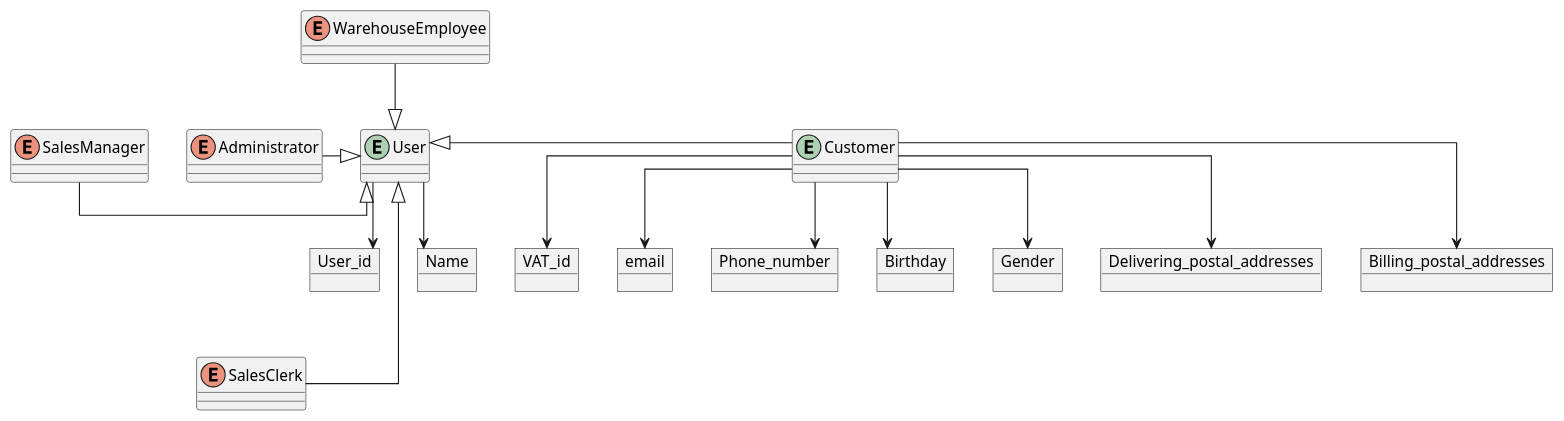
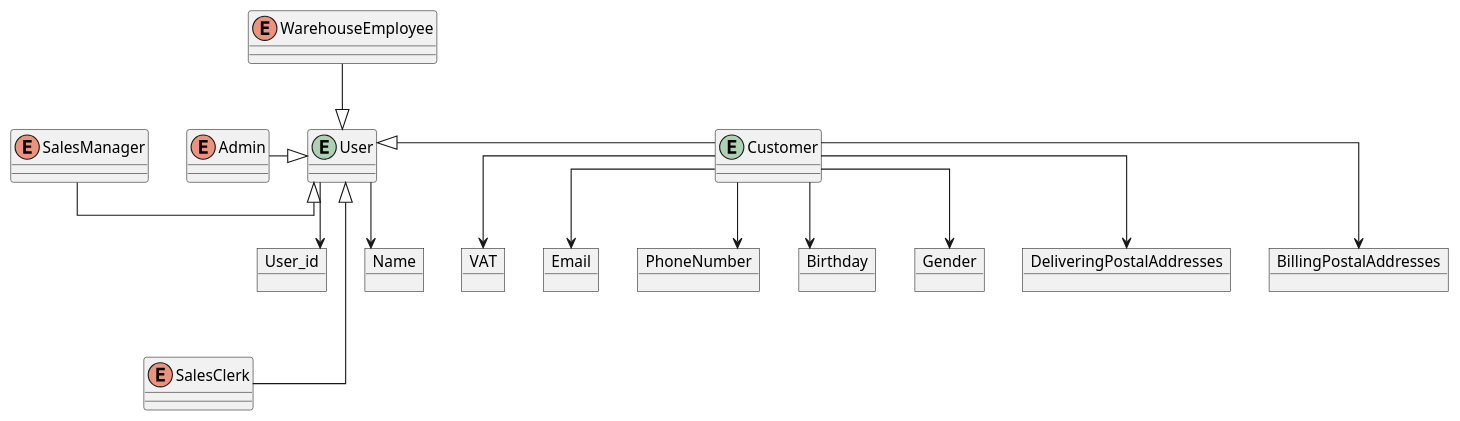
The diagram in Documentação/Geral/ModeloDomínio/AggregateUser.puml (Pedromaia26/LAPR4-ISEP), drawn with PlantUML before and after one commit. The commit also changed 17 other files, not shown here.

Commit message:
#1 updating aggregates diagrams

```diff
--- a/Documentação/Geral/ModeloDomínio/AggregateUser.puml
+++ b/Documentação/Geral/ModeloDomínio/AggregateUser.puml
@@ -1,41 +1,40 @@
 @startuml Modelo de domínio
 ' hide the spot
 
 
 ' avoid problems with angled crows feet
 skinparam linetype ortho
 
 entity Customer
 entity User
 enum WarehouseEmployee
 enum SalesClerk
 enum SalesManager
-enum Administrator
-
-object VAT_id
-object email
-object Phone_number
+enum Admin
+object VAT
+object Email
+object PhoneNumber
 object Birthday
 object Gender
-object Delivering_postal_addresses
-object Billing_postal_addresses
-Customer --> VAT_id
-Customer --> email
-Customer --> Phone_number
+object DeliveringPostalAddresses
+object BillingPostalAddresses
+Customer --> VAT
+Customer --> Email
+Customer --> PhoneNumber
 Customer --> Birthday
 Customer --> Gender
-Customer --> Delivering_postal_addresses
-Customer --> Billing_postal_addresses
+Customer --> DeliveringPostalAddresses
+Customer --> BillingPostalAddresses
 
 object User_id
 object Name
 User --> User_id
 User --> Name
 
 Customer -left--|> User
 WarehouseEmployee --|> User
 SalesClerk -up--|> User
 SalesManager -right--|> User
-Administrator -right--|> User
+Admin -right--|> User
 
 @enduml
```
